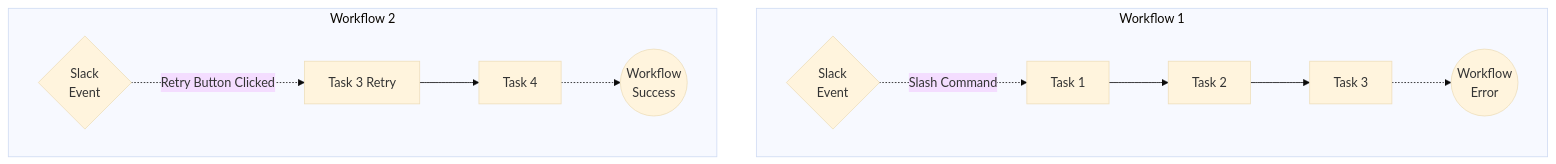
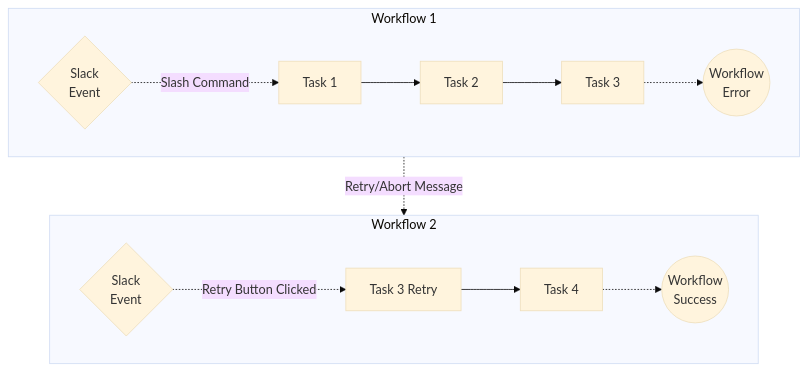
The diagram in task_chain/README.md (autokitteh/kittehub), drawn with Mermaid (base theme) before and after one commit.

Commit message:
Fix flowchart

````diff
--- a/task_chain/README.md
+++ b/task_chain/README.md
@@ -19,24 +19,29 @@
 ```mermaid
 flowchart TB
     slack1{"`Slack
     Event`"}
-    slack2{"`Slack
-    Event`"}
     task1[Task 1]
     task2[Task 2]
     task3a[Task 3]
+    error(("`Workflow
+    Error`"))
+
+    slack2{"`Slack
+    Event`"}
     task3b[Task 3 Retry]
     task4[Task 4]
-    error(("`Workflow
-    Error`"))
     success(("`Workflow
     Success`"))
-    subgraph Workflow 1
-      direction LR
-      slack1 -. Slash Command .-> task1 --> task2 --> task3a -.-> error
+
+    subgraph w1 [Workflow 1]
+        direction LR
+        slack1 -. Slash Command .-> task1 --> task2 --> task3a -.-> error
     end
-    subgraph Workflow 2
-      direction LR
-      slack2 -. Retry Button Clicked .-> task3b --> task4 -.-> success
+
+    subgraph w2 [Workflow 2]
+        direction LR
+        slack2 -. Retry Button Clicked .-> task3b --> task4 -.-> success
     end
+
+    w1 -. Retry/Abort Message .-> w2
 ```
````
